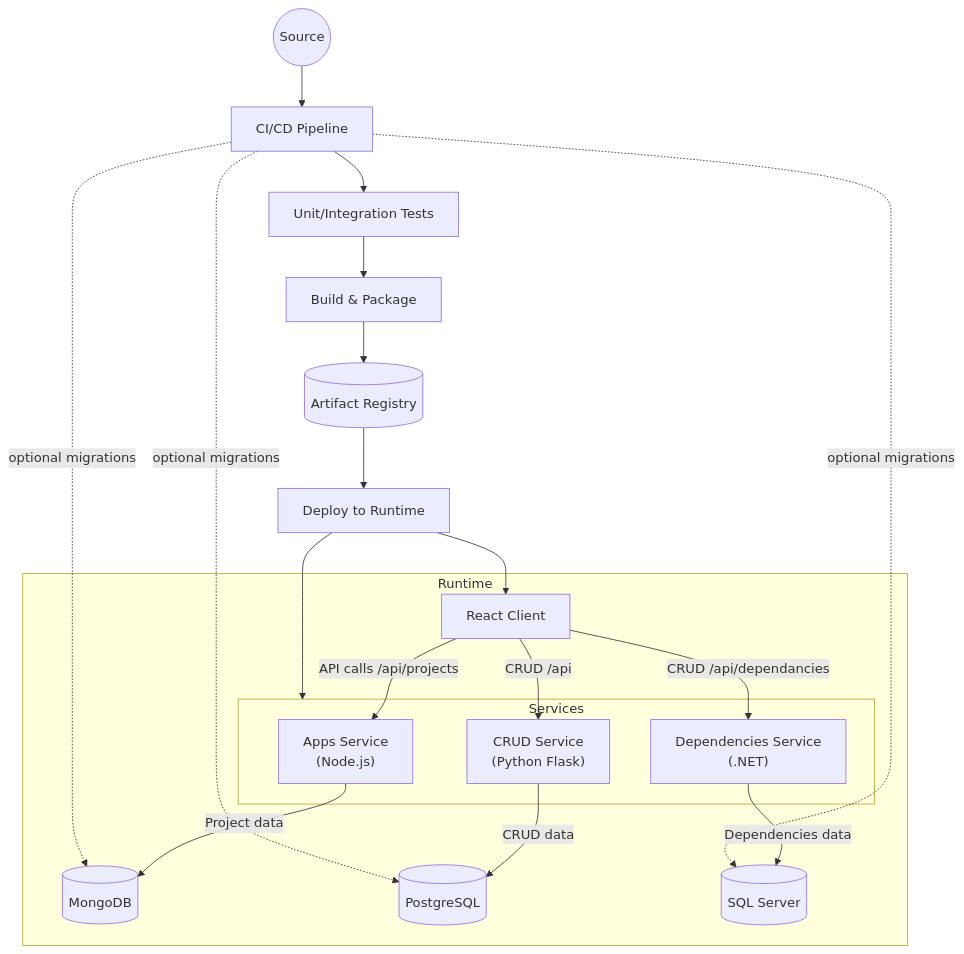
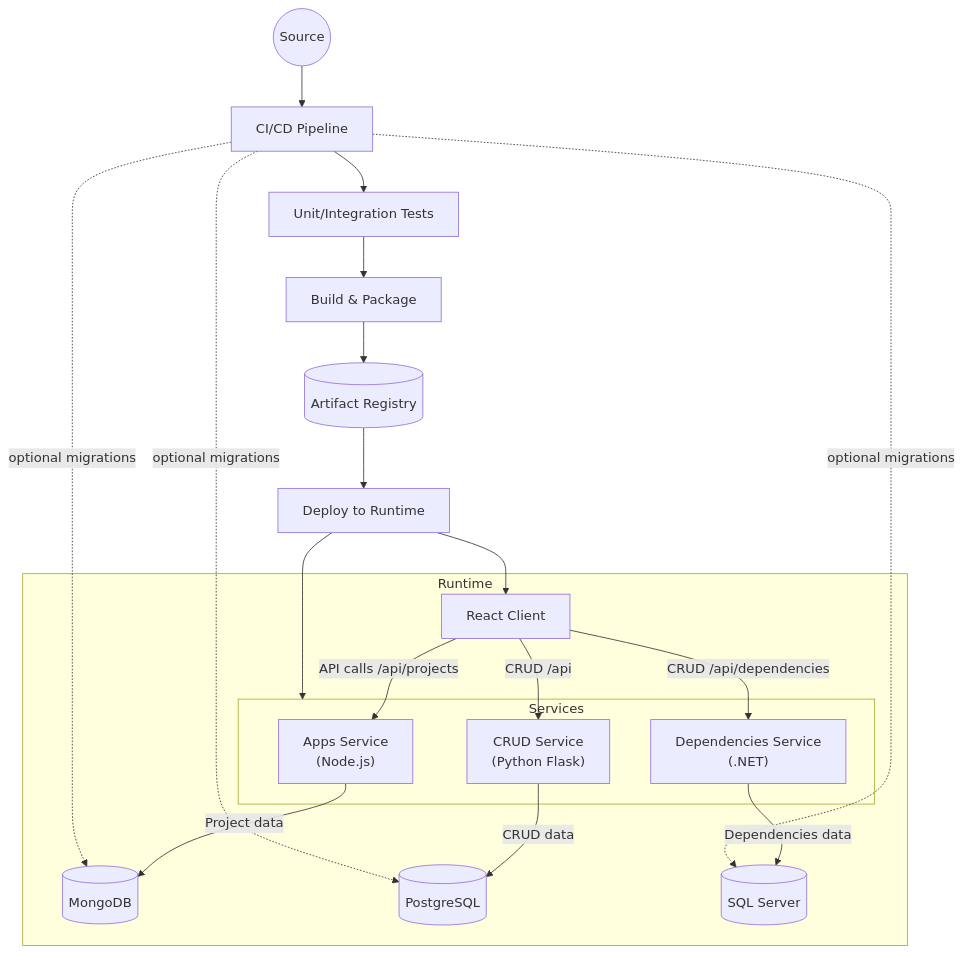
Before and after one commit to koydas/fullstack-pilot: the diagram in docs/ARCHITECTURE.md, drawn with Mermaid. The commit also changed 26 other files, not shown here.

Commit message:
Rename dependancies references to dependencies

````diff
--- a/docs/ARCHITECTURE.md
+++ b/docs/ARCHITECTURE.md
@@ -3,35 +3,35 @@
 ```mermaid
 flowchart TD
     Developer((Source)) --> CI[CI/CD Pipeline]
     CI --> Tests[Unit/Integration Tests]
     Tests --> Build[Build & Package]
     Build --> Registry[(Artifact Registry)]
     Registry --> Deploy[Deploy to Runtime]
 
     subgraph Runtime
         Client[React Client]
         subgraph Services
             AppsService["Apps Service\n(Node.js)"]
             DotNetService["Dependencies Service\n(.NET)"]
             PythonService["CRUD Service\n(Python Flask)"]
         end
         Mongo[(MongoDB)]
         Postgres[(PostgreSQL)]
         MSSQL[(SQL Server)]
     end
 
     Deploy --> Client
     Deploy --> Services
 
     Client -->|API calls /api/projects| AppsService
-    Client -->|CRUD /api/dependancies| DotNetService
+    Client -->|CRUD /api/dependencies| DotNetService
     Client -->|CRUD /api| PythonService
 
     AppsService -->|Project data| Mongo
     DotNetService -->|Dependencies data| MSSQL
     PythonService -->|CRUD data| Postgres
 
     CI -. optional migrations .-> Mongo
     CI -. optional migrations .-> MSSQL
     CI -. optional migrations .-> Postgres
 ```
````
